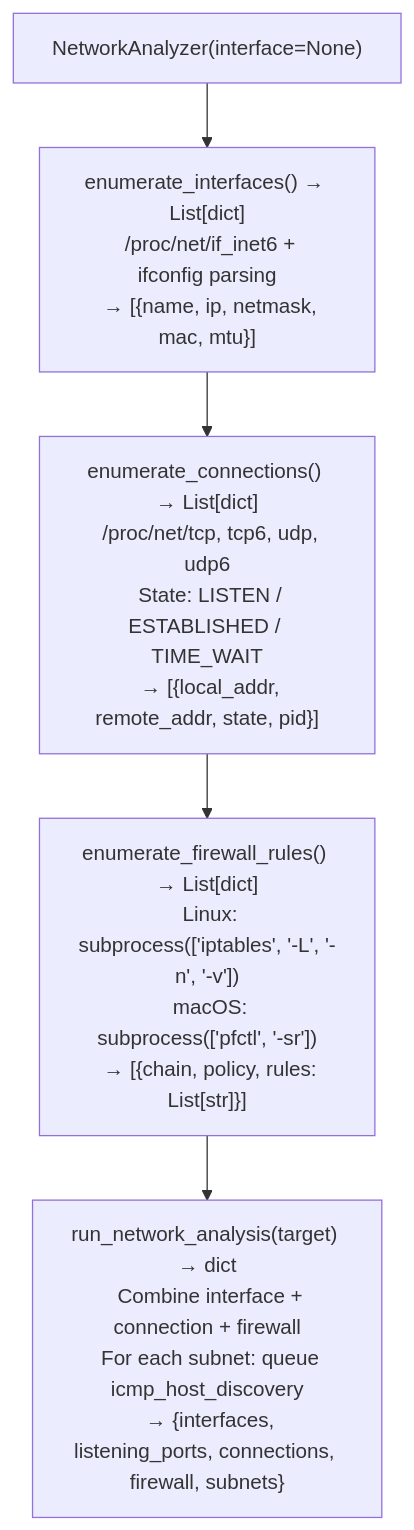
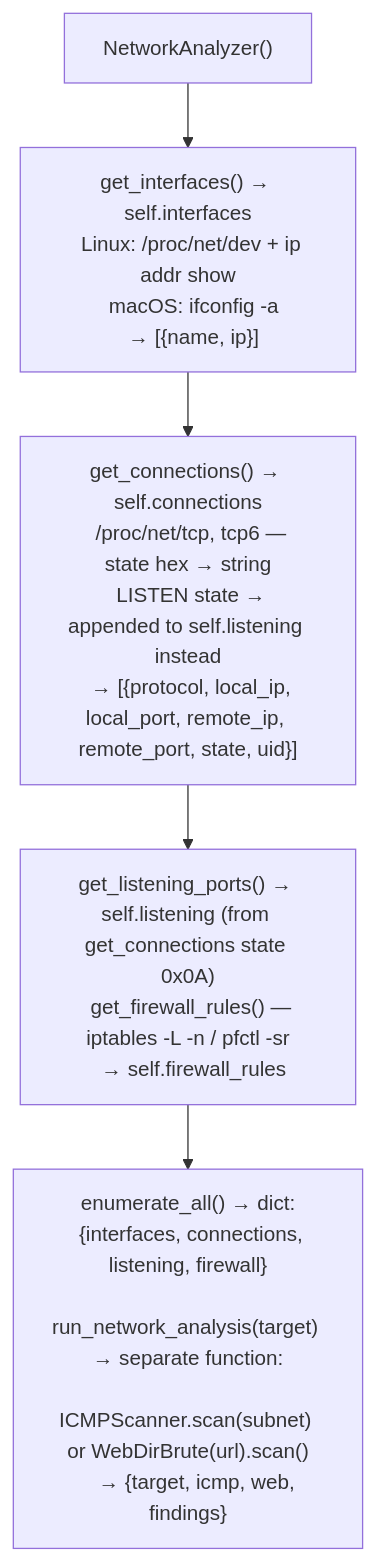
The diagram in docs/reference-modules/local-network-inventory.md (Ablation-Tool/ablation), drawn with Mermaid before and after one commit. The commit also changed 8 other files, not shown here.

````diff
--- a/docs/reference-modules/local-network-inventory.md
+++ b/docs/reference-modules/local-network-inventory.md
@@ -19,7 +19,7 @@
 ```mermaid
 flowchart TD
-    A["NetworkAnalyzer(interface=None)"] --> B["enumerate_interfaces() → List[dict]\n  /proc/net/if_inet6 + ifconfig parsing\n  → [{name, ip, netmask, mac, mtu}]"]
-    B --> C["enumerate_connections() → List[dict]\n  /proc/net/tcp, tcp6, udp, udp6\n  State: LISTEN / ESTABLISHED / TIME_WAIT\n  → [{local_addr, remote_addr, state, pid}]"]
-    C --> D["enumerate_firewall_rules() → List[dict]\n  Linux: subprocess(['iptables', '-L', '-n', '-v'])\n  macOS: subprocess(['pfctl', '-sr'])\n  → [{chain, policy, rules: List[str]}]"]
-    D --> E["run_network_analysis(target) → dict\n  Combine interface + connection + firewall\n  For each subnet: queue icmp_host_discovery\n  → {interfaces, listening_ports, connections, firewall, subnets}"]
+    A["NetworkAnalyzer()"] --> B["get_interfaces() → self.interfaces\n  Linux: /proc/net/dev + ip addr show\n  macOS: ifconfig -a\n  → [{name, ip}]"]
+    B --> C["get_connections() → self.connections\n  /proc/net/tcp, tcp6 — state hex → string\n  LISTEN state → appended to self.listening instead\n  → [{protocol, local_ip, local_port, remote_ip, remote_port, state, uid}]"]
+    C --> D["get_listening_ports() → self.listening (from get_connections state 0x0A)\n  get_firewall_rules() — iptables -L -n / pfctl -sr\n  → self.firewall_rules"]
+    D --> E["enumerate_all() → dict:\n  {interfaces, connections, listening, firewall}\n  run_network_analysis(target) → separate function:\n    ICMPScanner.scan(subnet) or WebDirBrute(url).scan()\n    → {target, icmp, web, findings}"]
 ```
````
